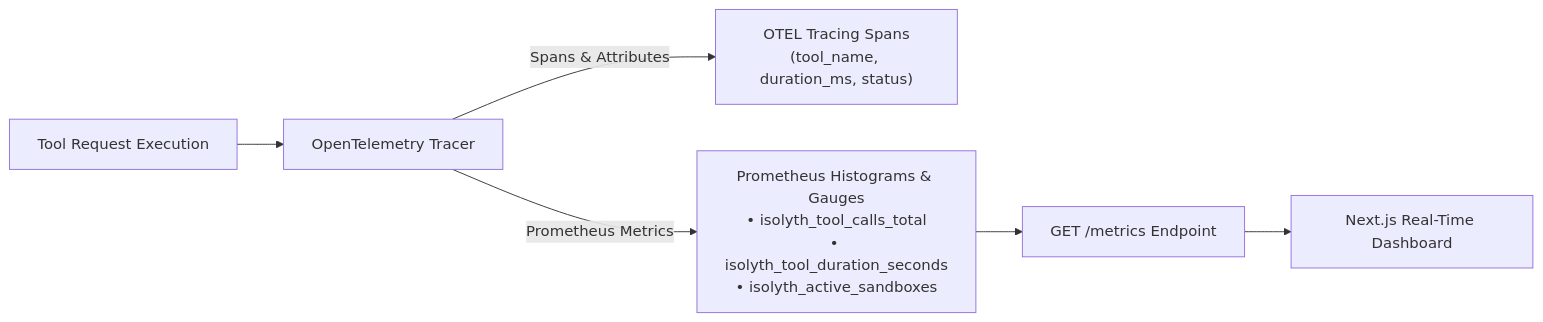
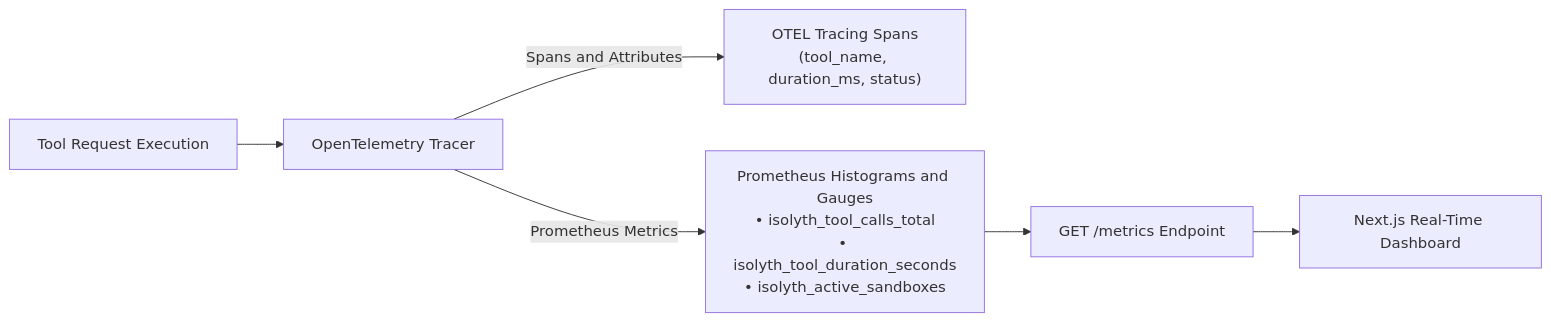
The tenth of 10 diagrams in README.md (adarshthakur9240/Isolyth), drawn with Mermaid before and after one commit. The commit also changed other lines of this file, not shown here.

Commit message:
fix(docs): quote all Mermaid edge labels and clean classDiagram syntax for GitHub rich display

````diff
--- a/README.md
+++ b/README.md
@@ -290,10 +290,10 @@
 ```mermaid
 flowchart LR
     ToolCall["Tool Request Execution"] --> OTEL["OpenTelemetry Tracer"]
     
-    OTEL -->|Spans & Attributes| Spans["OTEL Tracing Spans\n(tool_name, duration_ms, status)"]
-    OTEL -->|Prometheus Metrics| Metrics["Prometheus Histograms & Gauges\n• isolyth_tool_calls_total\n• isolyth_tool_duration_seconds\n• isolyth_active_sandboxes"]
+    OTEL -->|"Spans and Attributes"| Spans["OTEL Tracing Spans\n(tool_name, duration_ms, status)"]
+    OTEL -->|"Prometheus Metrics"| Metrics["Prometheus Histograms and Gauges\n• isolyth_tool_calls_total\n• isolyth_tool_duration_seconds\n• isolyth_active_sandboxes"]
     
     Metrics --> PromEndpoint["GET /metrics Endpoint"]
     PromEndpoint --> Dashboard["Next.js Real-Time Dashboard"]
 ```
````
